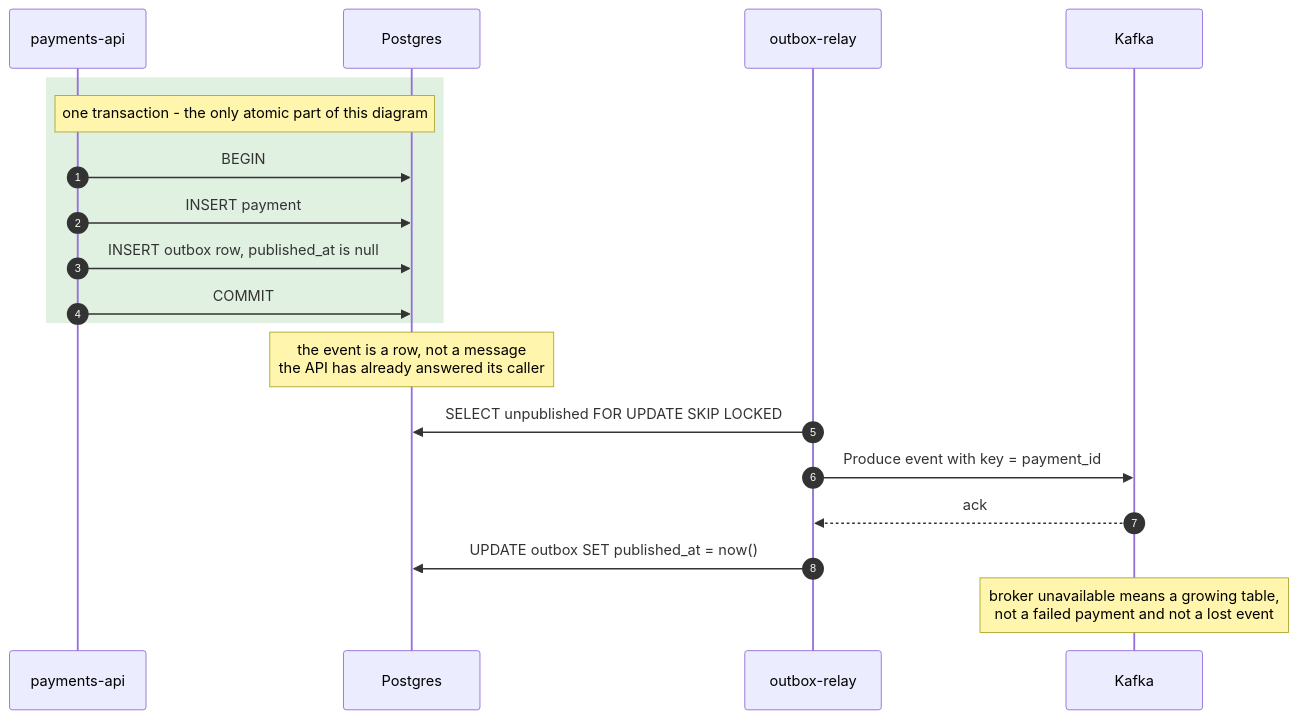
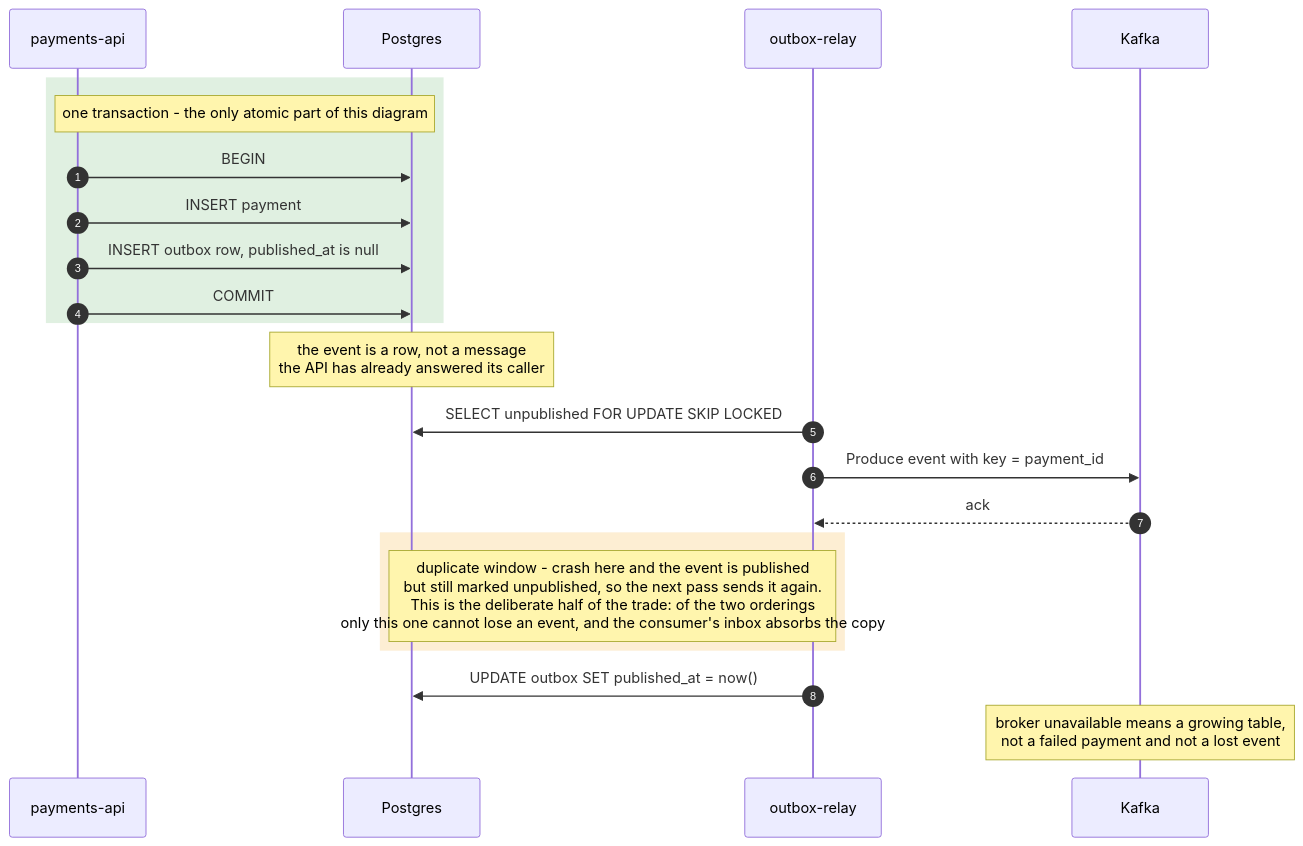
One commit to DmytroLysenko1/Kafka-lab changed the first of 2 diagrams in docs/static/06-transactional-outbox.md. Above: the diagram before and after it, drawn with Mermaid. The commit also changed other lines of this file and 10 other files, not shown here.

Commit message:
drew the boundary in every diagram instead of captioning it

````diff
--- a/docs/static/06-transactional-outbox.md
+++ b/docs/static/06-transactional-outbox.md
@@ -8,25 +8,30 @@
 ```mermaid
 sequenceDiagram
     autonumber
     participant API as payments-api
     participant DB as Postgres
     participant R as outbox-relay
     participant K as Kafka
 
     rect rgba(67, 160, 71, 0.16)
         Note over API,DB: one transaction - the only atomic part of this diagram
         API->>DB: BEGIN
         API->>DB: INSERT payment
         API->>DB: INSERT outbox row, published_at is null
         API->>DB: COMMIT
     end
 
     Note over DB: the event is a row, not a message<br/>the API has already answered its caller
 
     R->>DB: SELECT unpublished FOR UPDATE SKIP LOCKED
     R->>K: Produce event with key = payment_id
     K-->>R: ack
+
+    rect rgba(245, 158, 11, 0.18)
+        Note over R,DB: duplicate window - crash here and the event is published<br/>but still marked unpublished, so the next pass sends it again.<br/>This is the deliberate half of the trade: of the two orderings<br/>only this one cannot lose an event, and the consumer's inbox absorbs the copy
+    end
+
     R->>DB: UPDATE outbox SET published_at = now()
 
     Note over K: broker unavailable means a growing table,<br/>not a failed payment and not a lost event
 ```
````
